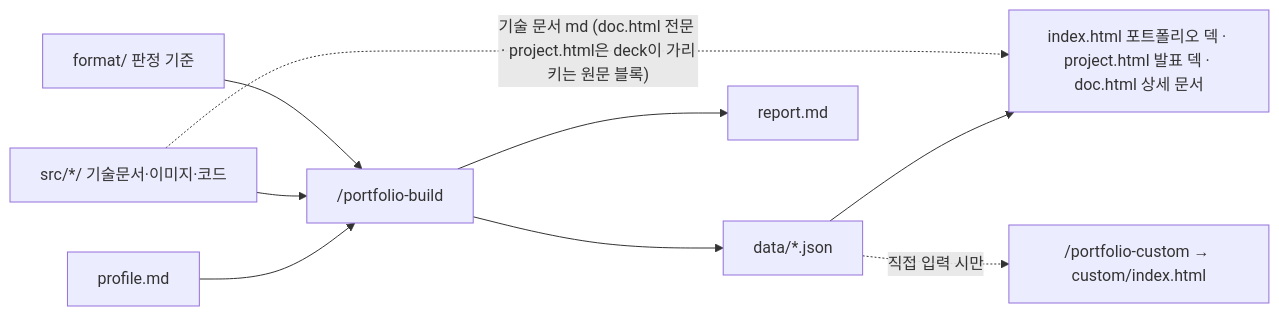
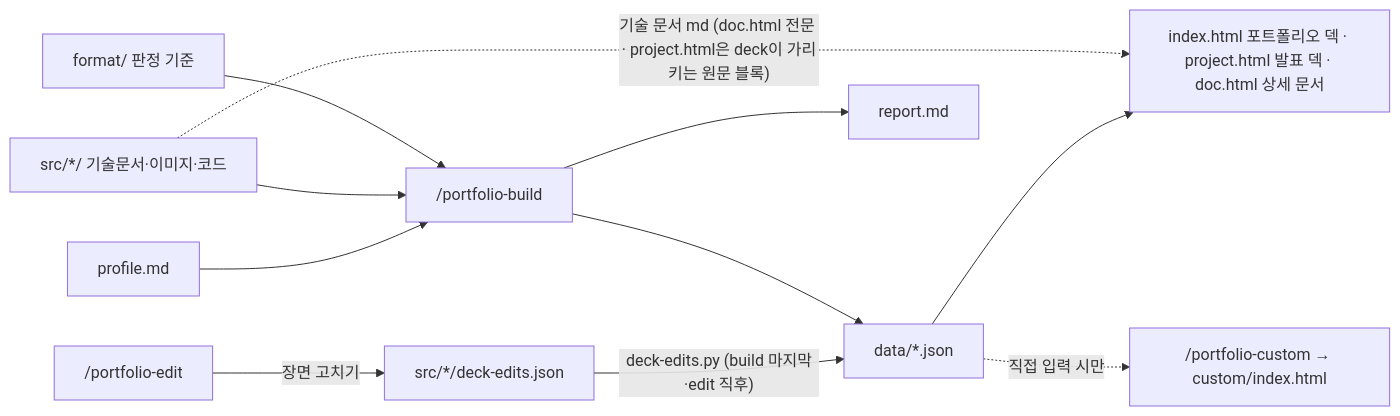
The diagram in CLAUDE.md (krKooHoo/portfolio-test), drawn with Mermaid before and after one commit. The commit also changed other lines of this file and 11 other files, not shown here.

First line of the commit message:
발표 덱 장면 고치기(/portfolio-edit) + 렌더러 디테일

````diff
--- a/CLAUDE.md
+++ b/CLAUDE.md
@@ -38,11 +39,13 @@
 ```mermaid
 flowchart LR
     P["profile.md"] --> B["/portfolio-build"]
     S["src/*/ 기술문서·이미지·코드"] --> B
     F["format/ 판정 기준"] --> B
+    E["/portfolio-edit"] -->|"장면 고치기"| X["src/*/deck-edits.json"]
+    X -->|"deck-edits.py (build 마지막·edit 직후)"| D
     B --> D["data/*.json"]
     B --> R["report.md"]
     D --> I["index.html 포트폴리오 덱 · project.html 발표 덱 · doc.html 상세 문서"]
     S -.->|"기술 문서 md (doc.html 전문 · project.html은 deck이 가리키는 원문 블록)"| I
     D -.->|"직접 입력 시만"| C["/portfolio-custom → custom/index.html"]
 ```
````
